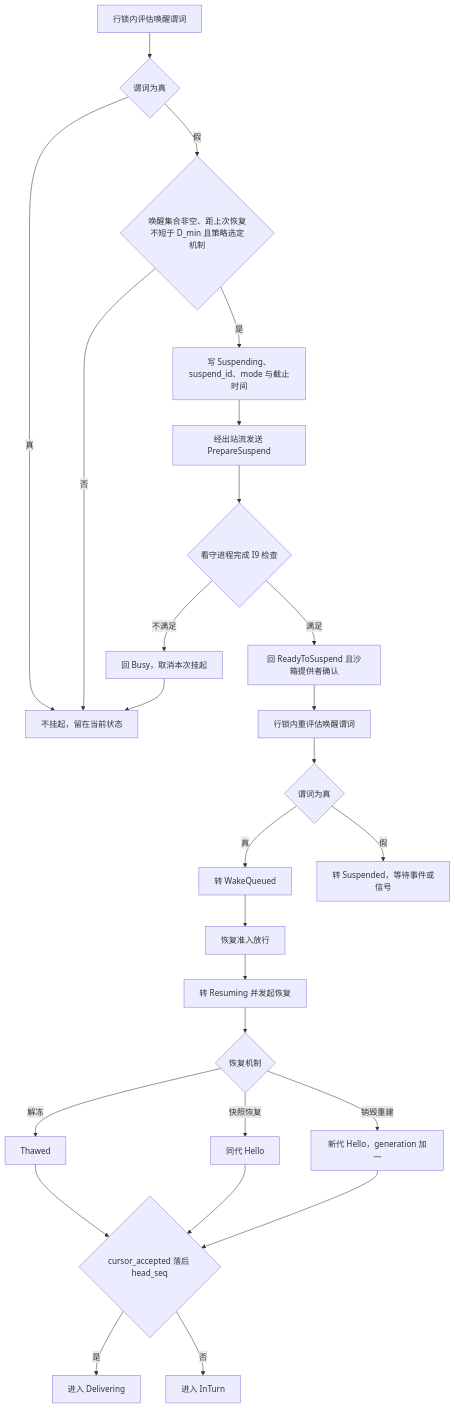
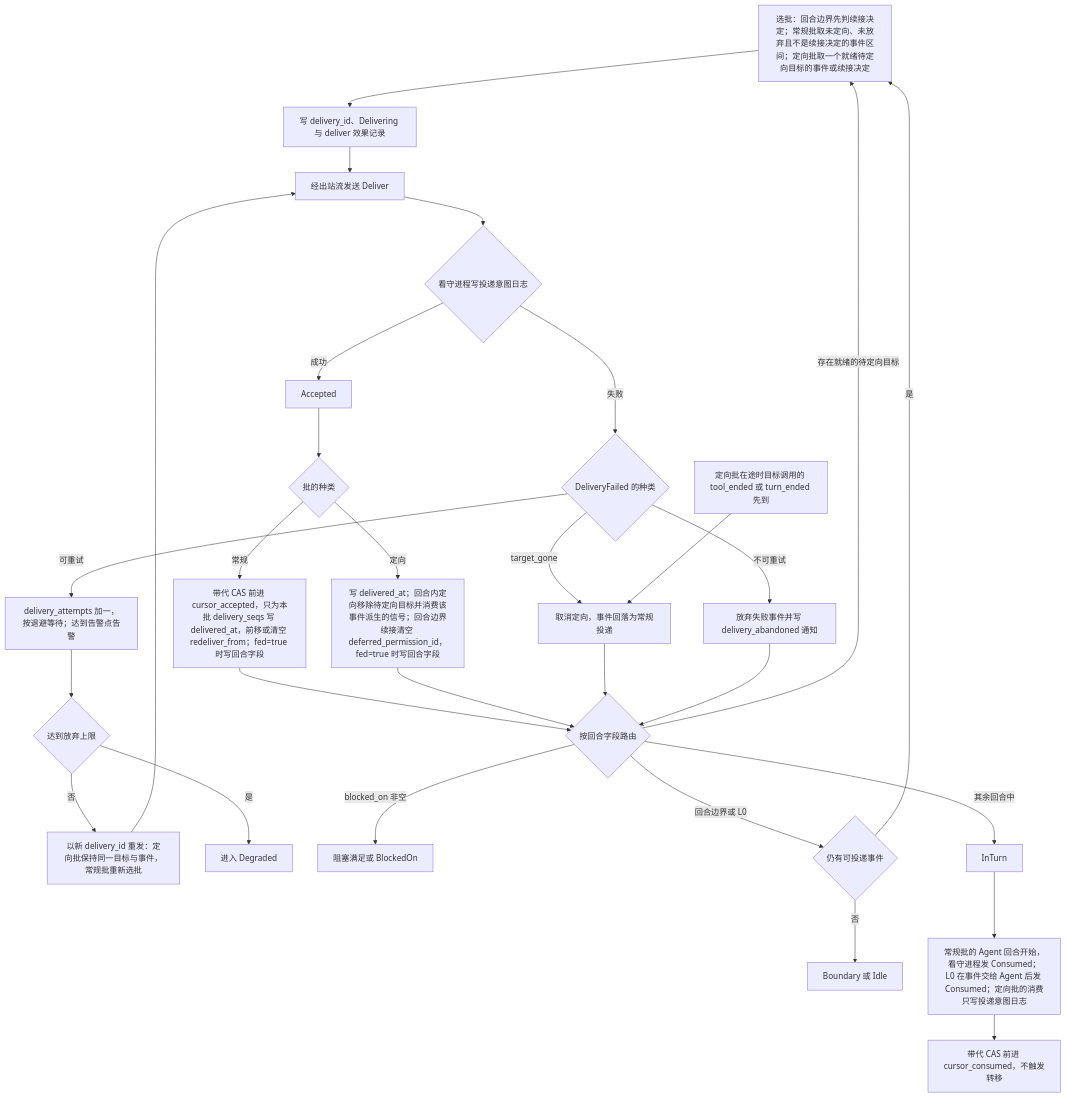
The fourth of 4 diagrams in docs/design/modules/design-runcontroller.md (wangzw/castworks), drawn with Mermaid before and after one commit. The commit also changed other lines of this file and 6 other files, not shown here.

````diff
--- a/docs/design/modules/design-runcontroller.md
+++ b/docs/design/modules/design-runcontroller.md
@@ -355,28 +450,31 @@
 ```mermaid
 flowchart TD
-    A["行锁内评估唤醒谓词"] --> B{"谓词为真"}
-    B -->|"真"| C["不挂起，留在当前状态"]
-    B -->|"假"| D{"唤醒集合非空、距上次恢复不短于 D_min 且策略选定机制"}
-    D -->|"否"| C
-    D -->|"是"| E["写 Suspending、suspend_id、mode 与截止时间"]
-    E --> F["经出站流发送 PrepareSuspend"]
-    F --> G{"看守进程完成 I9 检查"}
-    G -->|"不满足"| H["回 Busy，取消本次挂起"]
-    H --> C
-    G -->|"满足"| I["回 ReadyToSuspend 且沙箱提供者确认"]
-    I --> J["行锁内重评估唤醒谓词"]
-    J --> K{"谓词为真"}
-    K -->|"真"| L["转 WakeQueued"]
-    K -->|"假"| M["转 Suspended，等待事件或信号"]
-    L --> N["恢复准入放行"]
-    N --> O["转 Resuming 并发起恢复"]
-    O --> P{"恢复机制"}
-    P -->|"解冻"| Q["Thawed"]
-    P -->|"快照恢复"| R["同代 Hello"]
-    P -->|"销毁重建"| S["新代 Hello，generation 加一"]
-    Q --> T{"cursor_accepted 落后 head_seq"}
-    R --> T
-    S --> T
-    T -->|"是"| U["进入 Delivering"]
-    T -->|"否"| V["进入 InTurn"]
+    A["选批：回合边界先判续接决定；常规批取未定向、未放弃且不是续接决定的事件区间；定向批取一个就绪待定向目标的事件或续接决定"] --> B["写 delivery_id、Delivering 与 deliver 效果记录"]
+    B --> C["经出站流发送 Deliver"]
+    C --> D{"看守进程写投递意图日志"}
+    D -->|"成功"| E["Accepted"]
+    D -->|"失败"| F{"DeliveryFailed 的种类"}
+    F -->|"可重试"| G["delivery_attempts 加一，按退避等待；达到告警点告警"]
+    G --> H{"达到放弃上限"}
+    H -->|"否"| I["以新 delivery_id 重发：定向批保持同一目标与事件，常规批重新选批"]
+    I --> C
+    H -->|"是"| J["进入 Degraded"]
+    F -->|"target_gone"| K["取消定向，事件回落为常规投递"]
+    F -->|"不可重试"| L["放弃失败事件并写 delivery_abandoned 通知"]
+    Y["定向批在途时目标调用的 tool_ended 或 turn_ended 先到"] --> K
+    E --> M{"批的种类"}
+    M -->|"常规"| N["带代 CAS 前进 cursor_accepted，只为本批 delivery_seqs 写 delivered_at，前移或清空 redeliver_from；fed=true 时写回合字段"]
+    M -->|"定向"| O["写 delivered_at；回合内定向移除待定向目标并消费该事件派生的信号；回合边界续接清空 deferred_permission_id，fed=true 时写回合字段"]
+    N --> R{"按回合字段路由"}
+    O --> R
+    K --> R
+    L --> R
+    R -->|"存在就绪的待定向目标"| A
+    R -->|"blocked_on 非空"| S["阻塞满足或 BlockedOn"]
+    R -->|"其余回合中"| T["InTurn"]
+    R -->|"回合边界或 L0"| U{"仍有可投递事件"}
+    U -->|"是"| A
+    U -->|"否"| V["Boundary 或 Idle"]
+    T --> W["常规批的 Agent 回合开始，看守进程发 Consumed；L0 在事件交给 Agent 后发 Consumed；定向批的消费只写投递意图日志"]
+    W --> X["带代 CAS 前进 cursor_consumed，不触发转移"]
 ```
````
